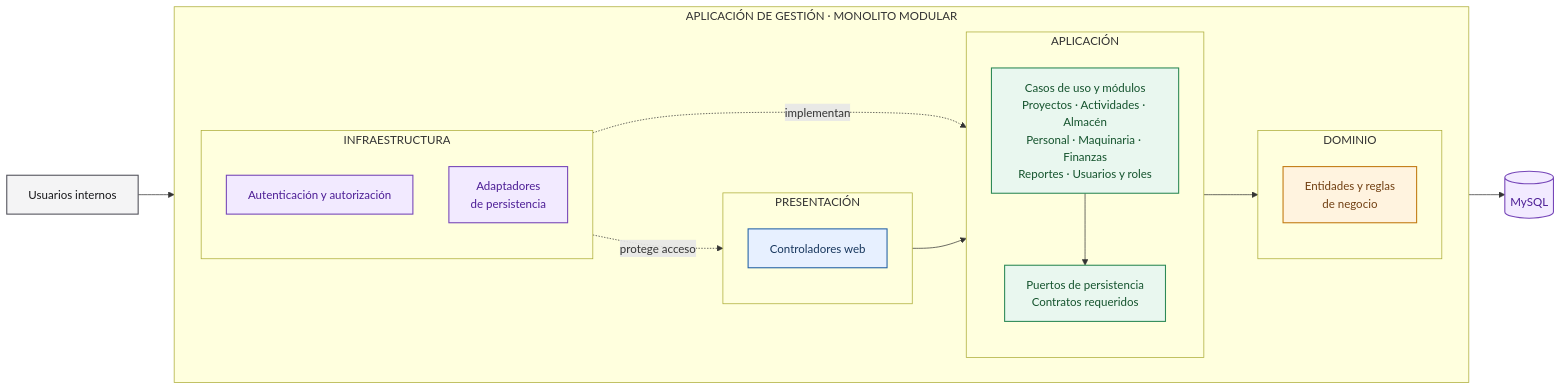
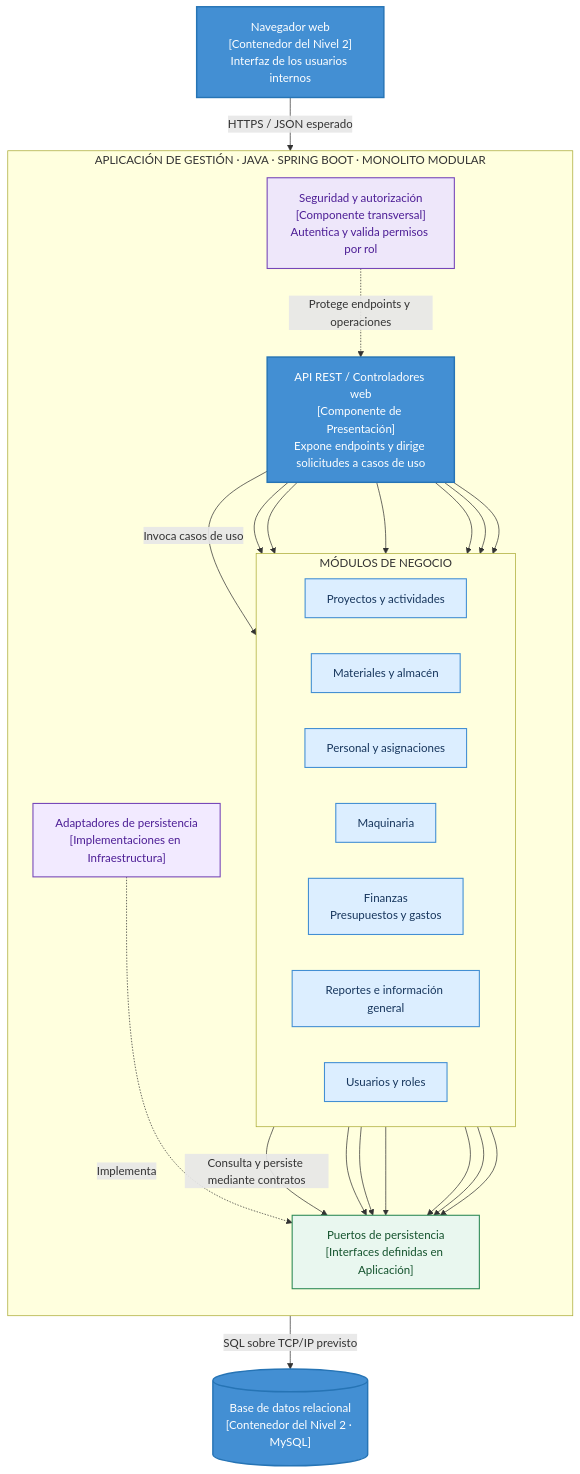
The diagram in img/fuentes/nivel3-componentes.mmd (dostinarroyo/Constructora-arquitSoft-02-Dostin_Arroyo), drawn with Mermaid before and after one commit. The commit also changed 6 other files, not shown here.

Commit message:
docs: actualizar diagrama de componentes

```diff
--- a/img/fuentes/nivel3-componentes.mmd
+++ b/img/fuentes/nivel3-componentes.mmd
@@ -1,49 +1,59 @@
-flowchart LR
-    user["Usuarios internos"]
+flowchart TB
+    browser["Navegador web<br/>[Contenedor del Nivel 2]<br/>Interfaz de los usuarios internos"]
 
-    subgraph system["APLICACIÓN DE GESTIÓN · MONOLITO MODULAR"]
-        direction LR
-        subgraph presentation["PRESENTACIÓN"]
-            direction TB
-            controller["Controladores web"]
+    subgraph app["APLICACIÓN DE GESTIÓN · JAVA · SPRING BOOT · MONOLITO MODULAR"]
+        direction TB
+        api["API REST / Controladores web<br/>[Componente de Presentación]<br/>Expone endpoints y dirige solicitudes a casos de uso"]
+        security["Seguridad y autorización<br/>[Componente transversal]<br/>Autentica y valida permisos por rol"]
+
+        subgraph modules["MÓDULOS DE NEGOCIO"]
+            direction LR
+            projects["Proyectos y actividades"]
+            warehouse["Materiales y almacén"]
+            staff["Personal y asignaciones"]
+            machinery["Maquinaria"]
+            finance["Finanzas<br/>Presupuestos y gastos"]
+            reports["Reportes e información general"]
+            users["Usuarios y roles"]
         end
 
-        subgraph application["APLICACIÓN"]
-            direction TB
-            usecases["Casos de uso y módulos<br/>Proyectos · Actividades · Almacén<br/>Personal · Maquinaria · Finanzas<br/>Reportes · Usuarios y roles"]
-            ports["Puertos de persistencia<br/>Contratos requeridos"]
-        end
-
-        subgraph domain["DOMINIO"]
-            direction TB
-            entities["Entidades y reglas<br/>de negocio"]
-        end
-
-        subgraph infrastructure["INFRAESTRUCTURA"]
-            direction TB
-            security["Autenticación y autorización"]
-            adapters["Adaptadores<br/>de persistencia"]
-        end
+        ports["Puertos de persistencia<br/>[Interfaces definidas en Aplicación]"]
+        adapters["Adaptadores de persistencia<br/>[Implementaciones en Infraestructura]"]
     end
 
-    db[("MySQL")]
+    db[("Base de datos relacional<br/>[Contenedor del Nivel 2 · MySQL]")]
 
-    user --> controller
-    controller --> usecases
-    usecases --> entities
-    usecases --> ports
-    adapters -. "implementan" .-> ports
-    adapters --> db
-    security -. "protege acceso" .-> controller
+    browser -->|"HTTPS / JSON esperado"| api
+    security -.->|"Protege endpoints y operaciones"| api
+    api -->|"Invoca casos de uso"| projects
+    api --> warehouse
+    api --> staff
+    api --> machinery
+    api --> finance
+    api --> reports
+    api --> users
+    projects -->|"Consulta y persiste mediante contratos"| ports
+    warehouse --> ports
+    staff --> ports
+    machinery --> ports
+    finance --> ports
+    reports --> ports
+    users --> ports
+    adapters -.->|"Implementa"| ports
+    adapters -->|"SQL sobre TCP/IP previsto"| db
 
-    classDef userStyle fill:#f4f4f5,stroke:#52525b,color:#18181b,stroke-width:1.5px
-    classDef presentationStyle fill:#e7f0ff,stroke:#2563a6,color:#17365d,stroke-width:1.5px
-    classDef applicationStyle fill:#e9f7ef,stroke:#2d8a57,color:#14532d,stroke-width:1.5px
-    classDef domainStyle fill:#fff3df,stroke:#c27a12,color:#713f12,stroke-width:1.5px
-    classDef infrastructureStyle fill:#f2eaff,stroke:#7646b8,color:#4c1d95,stroke-width:1.5px
+    classDef containerStyle fill:#438FD3,stroke:#2674B5,color:#FFFFFF,stroke-width:2px
+    classDef apiStyle fill:#438FD3,stroke:#2674B5,color:#FFFFFF,stroke-width:2px
+    classDef securityStyle fill:#EEE7FA,stroke:#7646B8,color:#4C1D95,stroke-width:1.5px
+    classDef moduleStyle fill:#DCEEFF,stroke:#438FD3,color:#17365D,stroke-width:1.5px
+    classDef portStyle fill:#E9F7EF,stroke:#2D8A57,color:#14532D,stroke-width:1.5px
+    classDef adapterStyle fill:#F2EAFF,stroke:#7646B8,color:#4C1D95,stroke-width:1.5px
+    classDef databaseStyle fill:#438FD3,stroke:#2674B5,color:#FFFFFF,stroke-width:2px
 
-    class user userStyle
-    class controller presentationStyle
-    class usecases,ports applicationStyle
-    class entities domainStyle
-    class security,adapters,db infrastructureStyle
+    class browser containerStyle
+    class api apiStyle
+    class security securityStyle
+    class projects,warehouse,staff,machinery,finance,reports,users moduleStyle
+    class ports portStyle
+    class adapters adapterStyle
+    class db databaseStyle
```
